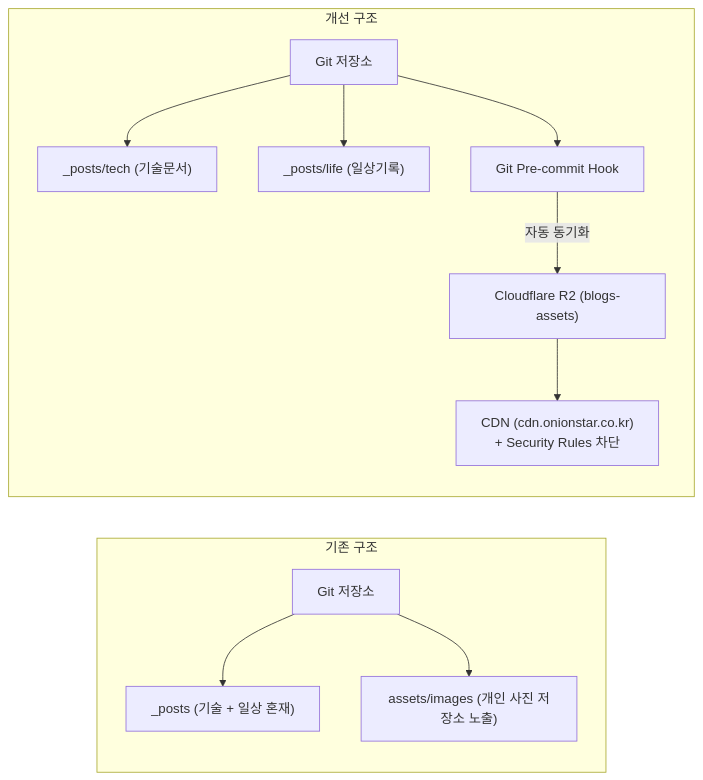
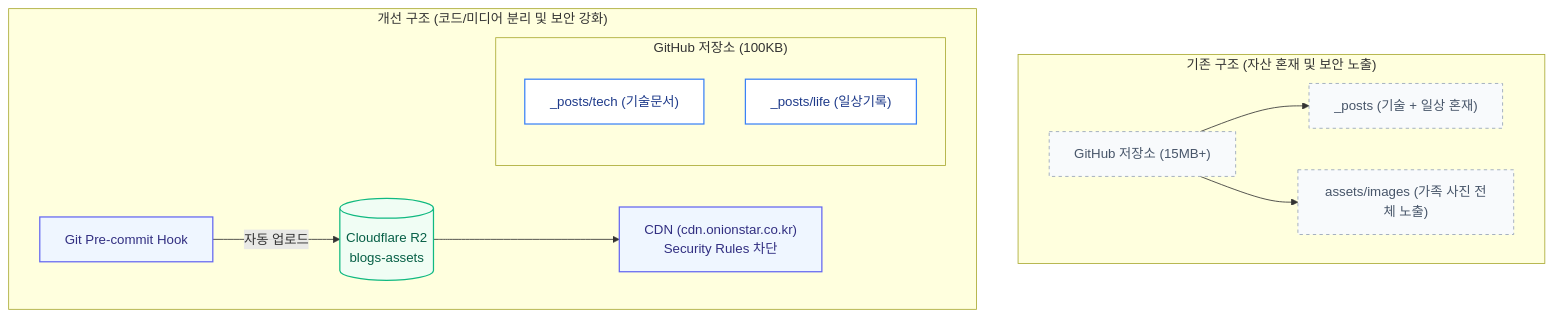
The diagram in _posts/tech/2026-10-04-post-blog-restructuring-and-r2-migration.md (OnionStar0325/blogs), drawn with Mermaid before and after one commit. The commit also changed 2 other files, not shown here.

Commit message:
style: improve mermaid diagram layout and theme styling

````diff
--- a/_posts/tech/2026-10-04-post-blog-restructuring-and-r2-migration.md
+++ b/_posts/tech/2026-10-04-post-blog-restructuring-and-r2-migration.md
@@ -23,15 +23,29 @@
 ```mermaid!
-flowchart LR
-    subgraph Before["기존 구조"]
-        A1["Git 저장소"] --> B1["_posts (기술 + 일상 혼재)"]
-        A1 --> C1["assets/images (개인 사진 저장소 노출)"]
+flowchart TD
+    subgraph Before ["기존 구조 (자산 혼재 및 보안 노출)"]
+        direction LR
+        B1["GitHub 저장소 (15MB+)"] --> B2["_posts (기술 + 일상 혼재)"]
+        B1 --> B3["assets/images (가족 사진 전체 노출)"]
     end
 
-    subgraph After["개선 구조"]
-        A2["Git 저장소"] --> B2["_posts/tech (기술문서)"]
-        A2 --> B3["_posts/life (일상기록)"]
-        A2 --> D2["Git Pre-commit Hook"]
-        D2 -->|자동 동기화| E2["Cloudflare R2 (blogs-assets)"]
-        E2 --> F2["CDN (cdn.onionstar.co.kr)<br/>+ Security Rules 차단"]
+    subgraph After ["개선 구조 (코드/미디어 분리 및 보안 강화)"]
+        direction LR
+        subgraph Git ["GitHub 저장소 (100KB)"]
+            A1["_posts/tech (기술문서)"]
+            A2["_posts/life (일상기록)"]
+        end
+        
+        Hook["Git Pre-commit Hook"] -->|자동 업로드| R2[("Cloudflare R2<br/>blogs-assets")]
+        R2 --> CDN["CDN (cdn.onionstar.co.kr)<br/>Security Rules 차단"]
     end
+
+    classDef legacy fill:#f8fafc,stroke:#94a3b8,stroke-width:1px,color:#475569,stroke-dasharray: 4 4;
+    classDef modern fill:#ffffff,stroke:#3b82f6,stroke-width:1.5px,color:#1e3a8a;
+    classDef storage fill:#f0fdf4,stroke:#10b981,stroke-width:1.5px,color:#065f46;
+    classDef security fill:#eff6ff,stroke:#6366f1,stroke-width:1.5px,color:#312e81;
+
+    class B1,B2,B3 legacy;
+    class A1,A2 modern;
+    class Hook,CDN security;
+    class R2 storage;
 ```
````
